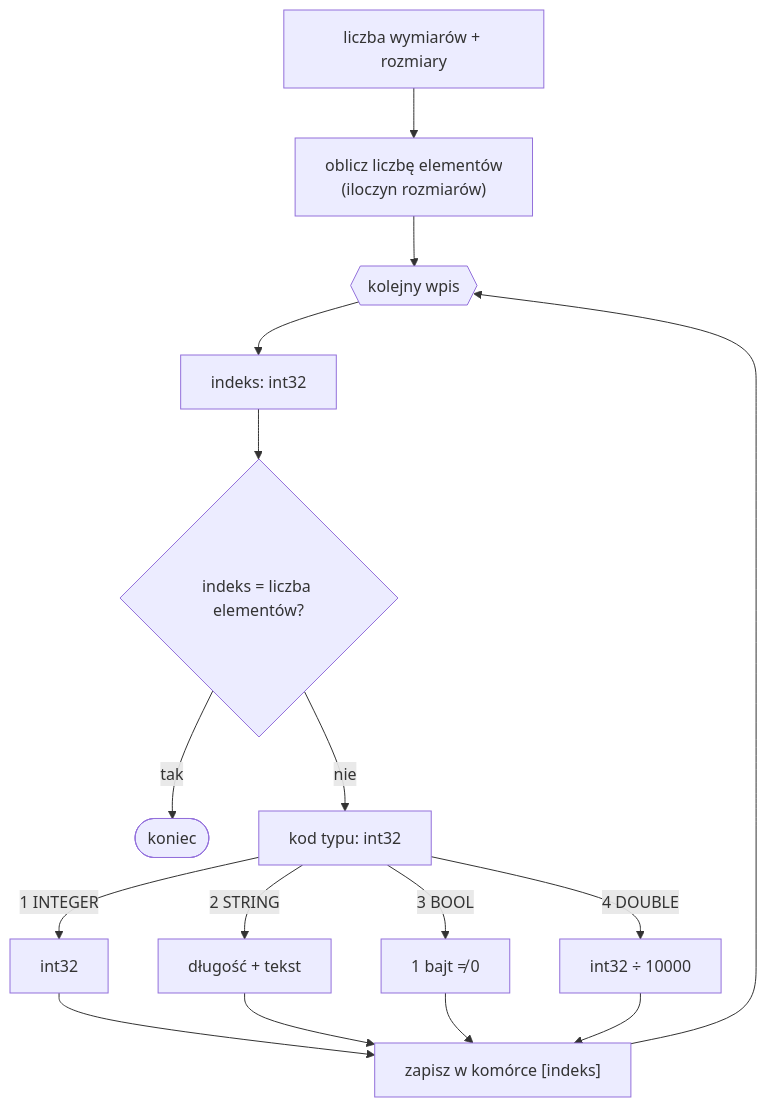
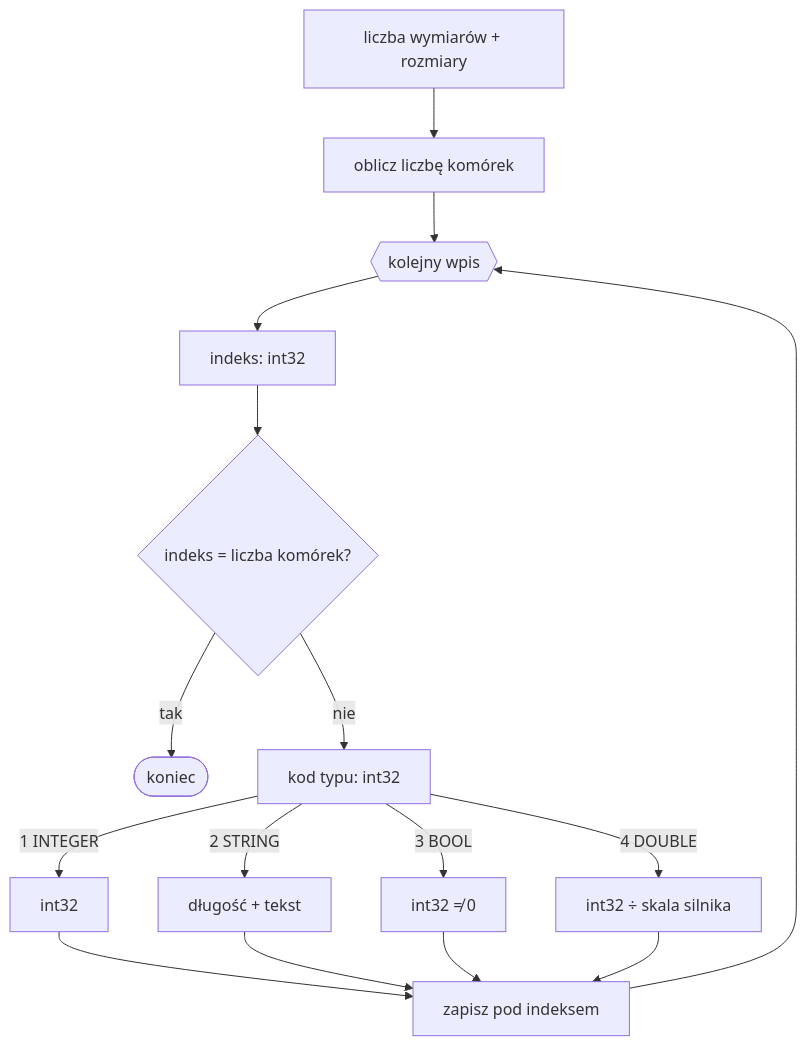
Before and after one commit to patryk025/Rex-EMoolator: the diagram in docs/pl/formats/MAR.md, drawn with Mermaid. The commit also changed other lines of this file and 19 other files, not shown here.

````diff
--- a/docs/pl/formats/MAR.md
+++ b/docs/pl/formats/MAR.md
@@ -52,15 +43,15 @@
 ```mermaid
 flowchart TD
-    A["liczba wymiarów + rozmiary"] --> N["oblicz liczbę elementów<br/>(iloczyn rozmiarów)"]
+    A["liczba wymiarów + rozmiary"] --> N["oblicz liczbę komórek"]
     N --> B{{kolejny wpis}}
     B --> I["indeks: int32"]
-    I --> T{indeks = liczba elementów?}
+    I --> T{indeks = liczba komórek?}
     T -->|tak| Z([koniec])
     T -->|nie| K["kod typu: int32"]
     K -->|1 INTEGER| D1["int32"]
     K -->|2 STRING| D2["długość + tekst"]
-    K -->|3 BOOL| D3["1 bajt ≠ 0"]
-    K -->|4 DOUBLE| D4["int32 ÷ 10000"]
-    D1 & D2 & D3 & D4 --> S["zapisz w komórce [indeks]"]
+    K -->|3 BOOL| D3["int32 ≠ 0"]
+    K -->|4 DOUBLE| D4["int32 ÷ skala silnika"]
+    D1 & D2 & D3 & D4 --> S["zapisz pod indeksem"]
     S --> B
 ```
````
